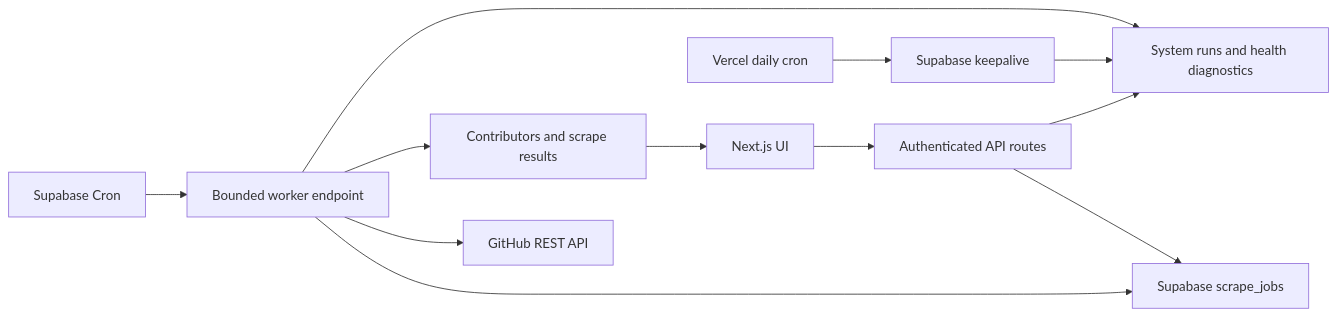
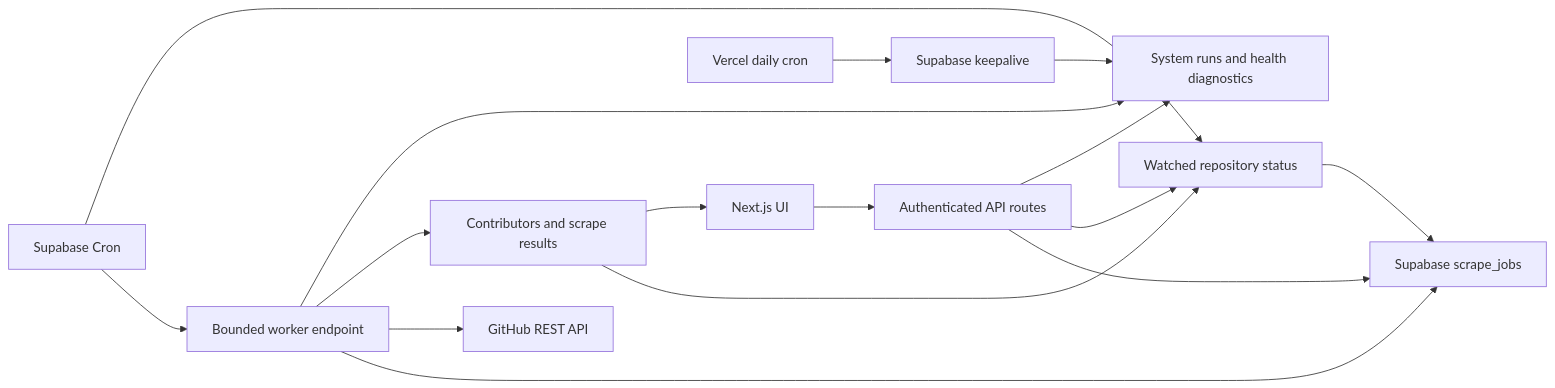
Before and after one commit to brod-exodus/Talon: the diagram in README.md, drawn with Mermaid. The commit also changed other lines of this file and 18 other files, not shown here.

````diff
--- a/README.md
+++ b/README.md
@@ -34,14 +34,18 @@
 ```mermaid
 flowchart LR
     UI["Next.js UI"] --> API["Authenticated API routes"]
     API --> Queue["Supabase scrape_jobs"]
     Cron["Supabase Cron"] --> Worker["Bounded worker endpoint"]
     Worker --> Queue
     Worker --> GitHub["GitHub REST API"]
     Worker --> Data["Contributors and scrape results"]
+    API --> Watches["Watched repository status"]
+    Cron --> Watches
+    Watches --> Queue
+    Data --> Watches
     Data --> UI
     Vercel["Vercel daily cron"] --> Keepalive["Supabase keepalive"]
     API --> Ops["System runs and health diagnostics"]
     Worker --> Ops
     Keepalive --> Ops
 ```
````
